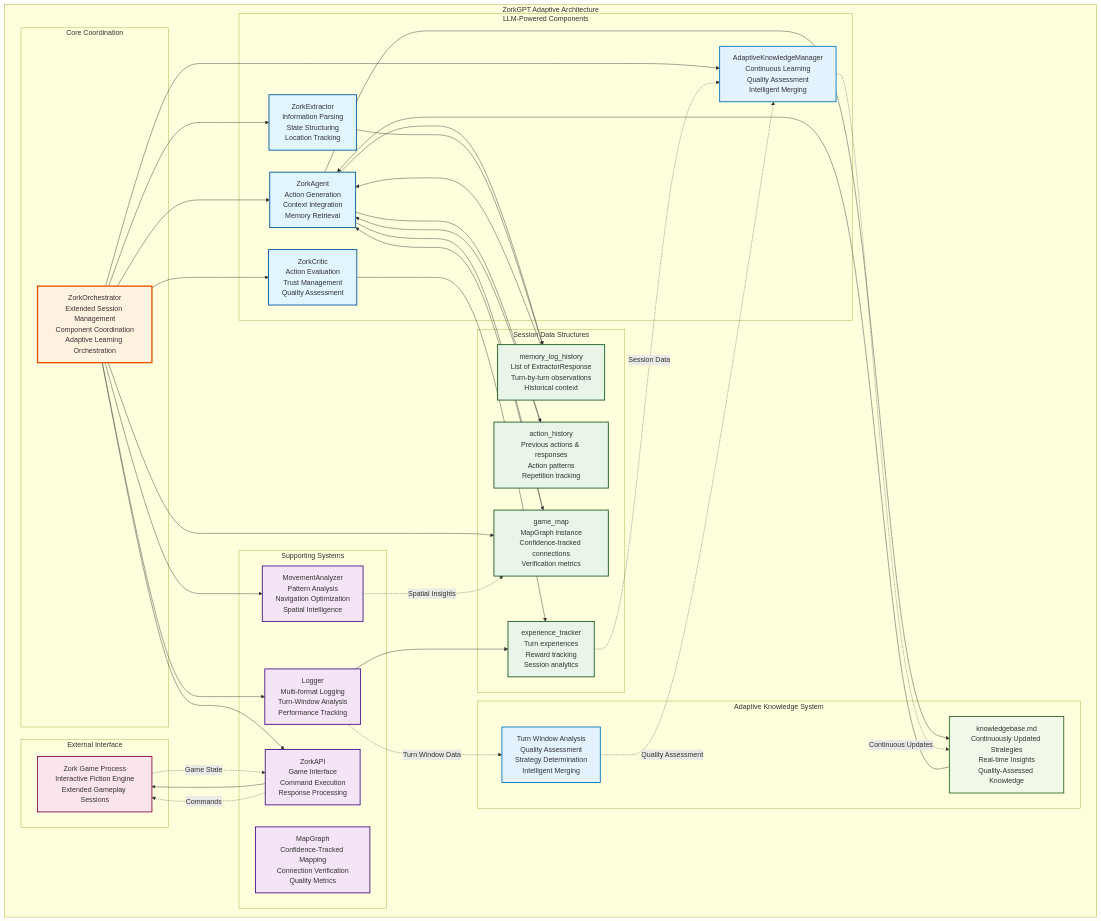
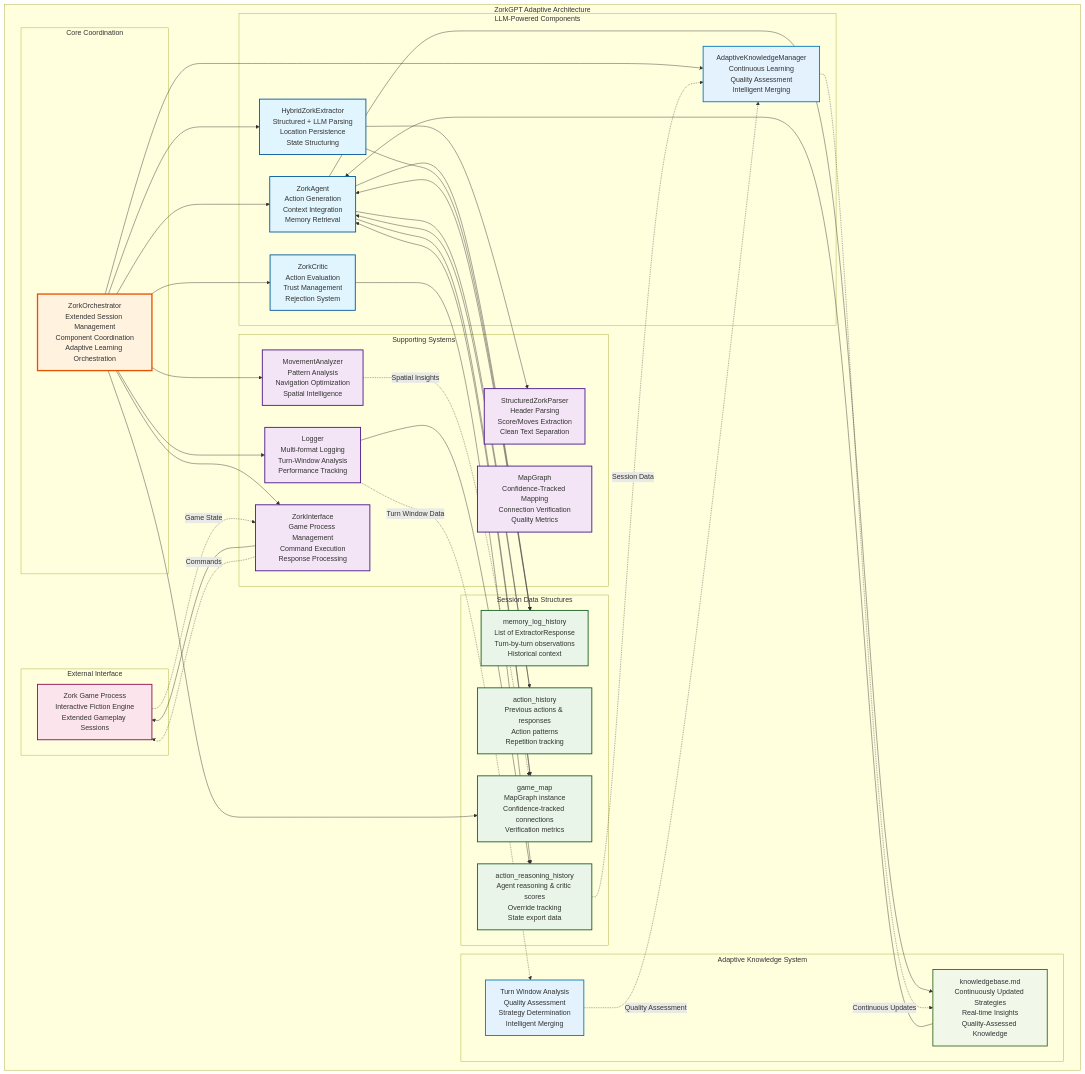
Before and after one commit to stickystyle/ZorkGPT: the first of 2 diagrams in README.md, drawn with Mermaid. The commit also changed other lines of this file, not shown here.

Commit message:
Update diagrams

```diff
--- a/README.md
+++ b/README.md
@@ -132,23 +132,24 @@
         
         subgraph "LLM-Powered Components"
             Agent[ZorkAgent<br/>Action Generation<br/>Context Integration<br/>Memory Retrieval]
-            Extractor[ZorkExtractor<br/>Information Parsing<br/>State Structuring<br/>Location Tracking]
-            Critic[ZorkCritic<br/>Action Evaluation<br/>Trust Management<br/>Quality Assessment]
+            HybridExtractor[HybridZorkExtractor<br/>Structured + LLM Parsing<br/>Location Persistence<br/>State Structuring]
+            Critic[ZorkCritic<br/>Action Evaluation<br/>Trust Management<br/>Rejection System]
             AdaptiveKM[AdaptiveKnowledgeManager<br/>Continuous Learning<br/>Quality Assessment<br/>Intelligent Merging]
         end
         
         subgraph "Supporting Systems"
-            GameAPI[ZorkAPI<br/>Game Interface<br/>Command Execution<br/>Response Processing]
-                         MapGraph[MapGraph<br/>Confidence-Tracked Mapping<br/>Connection Verification<br/>Quality Metrics]
+            GameAPI[ZorkInterface<br/>Game Process Management<br/>Command Execution<br/>Response Processing]
+            MapGraph[MapGraph<br/>Confidence-Tracked Mapping<br/>Connection Verification<br/>Quality Metrics]
             Movement[MovementAnalyzer<br/>Pattern Analysis<br/>Navigation Optimization<br/>Spatial Intelligence]
             Logger[Logger<br/>Multi-format Logging<br/>Turn-Window Analysis<br/>Performance Tracking]
+            StructuredParser[StructuredZorkParser<br/>Header Parsing<br/>Score/Moves Extraction<br/>Clean Text Separation]
         end
         
         subgraph "Session Data Structures"
             MemoryLog[memory_log_history<br/>List of ExtractorResponse<br/>Turn-by-turn observations<br/>Historical context]
             ActionHistory[action_history<br/>Previous actions & responses<br/>Action patterns<br/>Repetition tracking]
-                         GameMap[game_map<br/>MapGraph instance<br/>Confidence-tracked connections<br/>Verification metrics]
-            ExperienceTracker[experience_tracker<br/>Turn experiences<br/>Reward tracking<br/>Session analytics]
+            GameMap[game_map<br/>MapGraph instance<br/>Confidence-tracked connections<br/>Verification metrics]
+            ActionReasoning[action_reasoning_history<br/>Agent reasoning & critic scores<br/>Override tracking<br/>State export data]
         end
         
         subgraph "Adaptive Knowledge System"
@@ -163,7 +164,7 @@
     
     %% Core coordination flows
     Orchestrator --> Agent
-    Orchestrator --> Extractor
+    Orchestrator --> HybridExtractor
     Orchestrator --> Critic
     Orchestrator --> AdaptiveKM
     Orchestrator --> Logger
@@ -173,21 +174,22 @@
     Agent --> ActionHistory
     Agent --> GameMap
     Agent --> KnowledgeBase
-    Extractor --> MemoryLog
-    Critic --> ExperienceTracker
+    HybridExtractor --> MemoryLog
+    Critic --> ActionReasoning
     
     %% Supporting system connections
     Orchestrator --> Movement
     Orchestrator --> GameMap
     GameAPI --> ZorkGame
     Orchestrator --> GameAPI
+    HybridExtractor --> StructuredParser
     
     %% Data flows within session
     MemoryLog --> Agent
     ActionHistory --> Agent
     GameMap --> Agent
     KnowledgeBase --> Agent
-    Logger --> ExperienceTracker
+    Logger --> ActionReasoning
     
     %% Game interaction
     ZorkGame -.->|Game State| GameAPI
@@ -198,7 +200,7 @@
     Logger -.->|Turn Window Data| TurnAnalysis
     TurnAnalysis -.->|Quality Assessment| AdaptiveKM
     Movement -.->|Spatial Insights| GameMap
-    ExperienceTracker -.->|Session Data| AdaptiveKM
+    ActionReasoning -.->|Session Data| AdaptiveKM
     
     %% Styling
     classDef llmComponent fill:#e1f5fe,stroke:#01579b,stroke-width:2px
@@ -209,9 +211,9 @@
     classDef knowledge fill:#f1f8e9,stroke:#33691e,stroke-width:2px
     classDef adaptive fill:#e3f2fd,stroke:#0277bd,stroke-width:2px
     
-    class Agent,Extractor,Critic llmComponent
-         class GameAPI,MapGraph,Movement,Logger supportSystem
-    class MemoryLog,ActionHistory,GameMap,ExperienceTracker dataStructure
+    class Agent,HybridExtractor,Critic llmComponent
+    class GameAPI,MapGraph,Movement,Logger,StructuredParser supportSystem
+    class MemoryLog,ActionHistory,GameMap,ActionReasoning dataStructure
     class Orchestrator coordinator
     class ZorkGame external
     class KnowledgeBase knowledge
```
